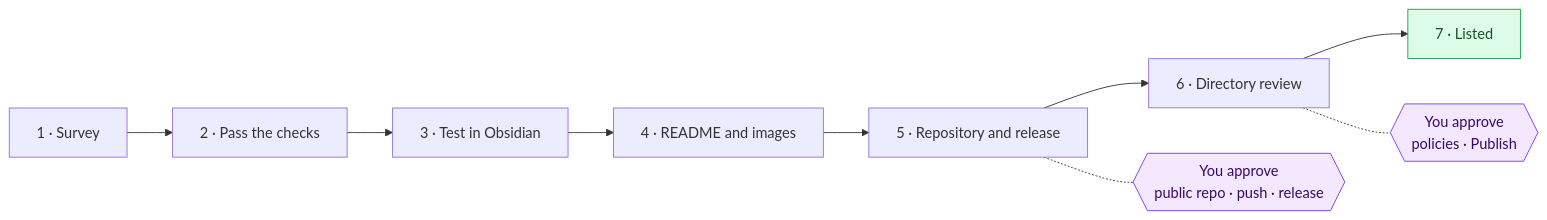
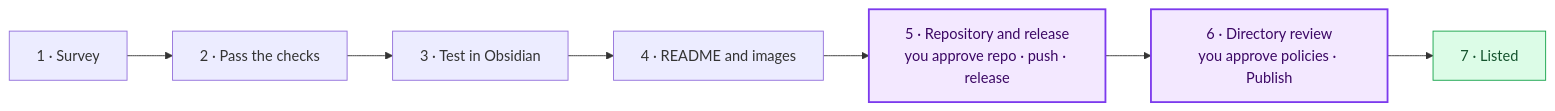
One commit to Tuosang/obsidian-plugin-publish-skill changed the diagram in README.md. Above: the diagram before and after it, drawn with Mermaid. The commit also changed other lines of this file and 1 other file, not shown here.

Commit message:
README: cleaner pipeline chart, listing first in the case study

````diff
--- a/README.md
+++ b/README.md
@@ -30,11 +30,9 @@
 ```mermaid
 flowchart LR
     A["1 · Survey"] --> B["2 · Pass the checks"] --> C["3 · Test in Obsidian"] --> D["4 · README and images"]
-    D --> E["5 · Repository and release"] --> F["6 · Directory review"] --> G["7 · Listed"]
-    E -.- GE{{"You approve<br/>public repo · push · release"}}
-    F -.- GF{{"You approve<br/>policies · Publish"}}
-    classDef gate fill:#f3e8ff,stroke:#7c3aed,color:#3b0764
+    D --> E["5 · Repository and release<br/>you approve repo · push · release"] --> F["6 · Directory review<br/>you approve policies · Publish"] --> G["7 · Listed"]
+    classDef gate fill:#f3e8ff,stroke:#7c3aed,stroke-width:2px,color:#3b0764
     classDef done fill:#dcfce7,stroke:#16a34a,color:#14532d
-    class GE,GF gate
+    class E,F gate
     class G done
 ```
````
